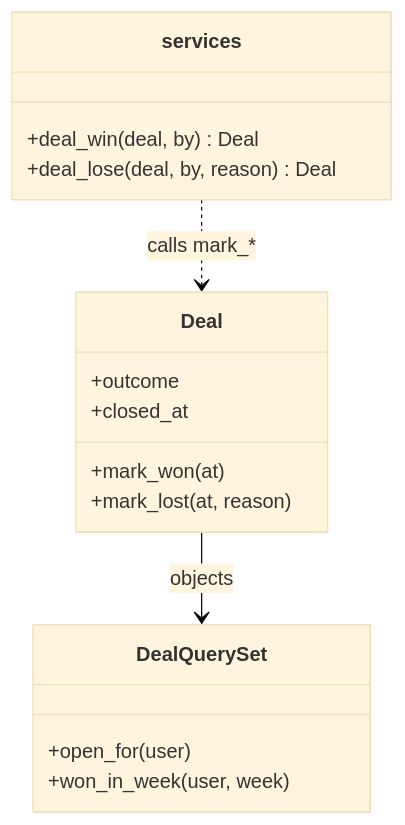
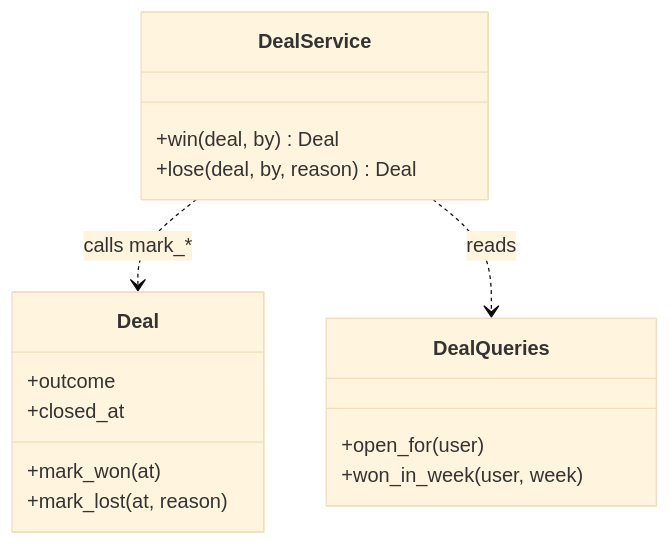
The second of 5 diagrams in plugins/shapeup-team/skills/shapeup-team/references/diagrams.md (tiagoafseixas/shapeup-plugin), drawn with Mermaid (base theme) before and after one commit. The commit also changed other lines of this file and 45 other files, not shown here.

````diff
--- a/plugins/shapeup-team/skills/shapeup-team/references/diagrams.md
+++ b/plugins/shapeup-team/skills/shapeup-team/references/diagrams.md
@@ -46,19 +46,19 @@
 ```mermaid
 classDiagram
     class Deal {
         +outcome
         +closed_at
         +mark_won(at)
         +mark_lost(at, reason)
     }
-    class DealQuerySet {
+    class DealQueries {
         +open_for(user)
         +won_in_week(user, week)
     }
-    class services {
-        +deal_win(deal, by) Deal
-        +deal_lose(deal, by, reason) Deal
+    class DealService {
+        +win(deal, by) Deal
+        +lose(deal, by, reason) Deal
     }
-    services ..> Deal : calls mark_*
-    Deal --> DealQuerySet : objects
+    DealService ..> Deal : calls mark_*
+    DealService ..> DealQueries : reads
 ```
````
